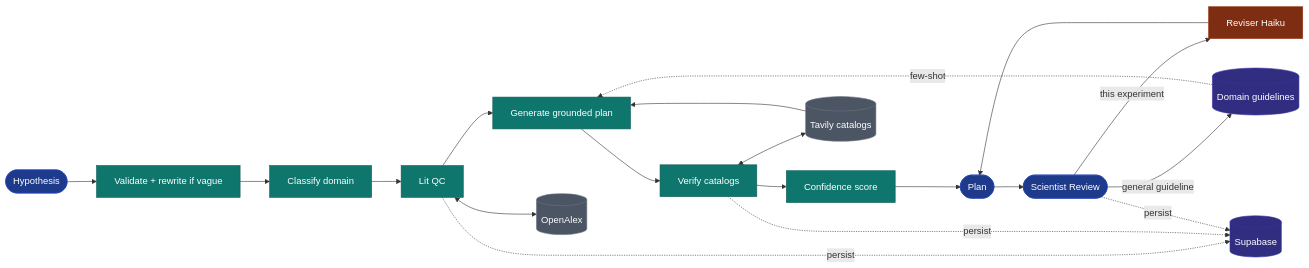
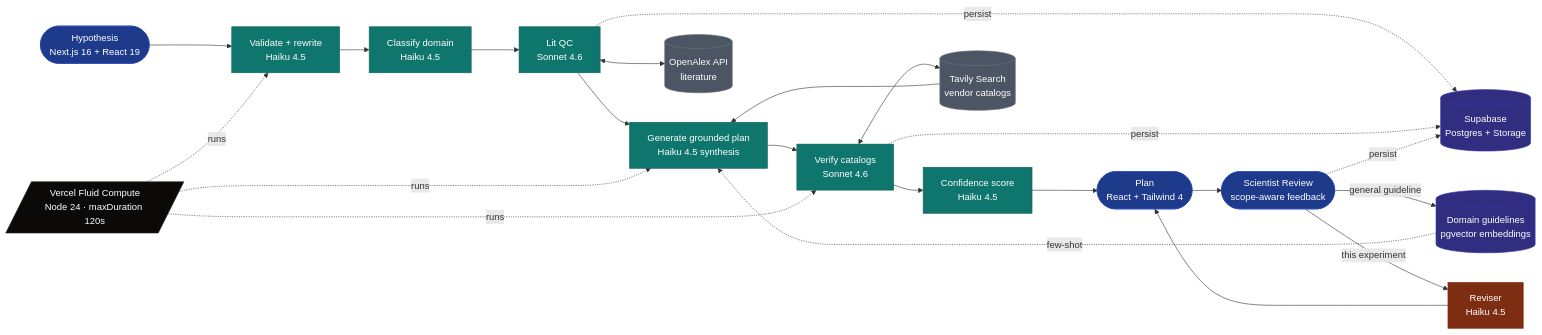
Before and after one commit to DocMorphic/aliquot: the diagram in docs/architecture-simple.mmd, drawn with Mermaid. The commit also changed 1 other file, not shown here.

Commit message:
v18.2: tech-stack labels in flowchart (model names, frameworks, hosting)

```diff
--- a/docs/architecture-simple.mmd
+++ b/docs/architecture-simple.mmd
@@ -1,38 +1,44 @@
 flowchart LR
 
     classDef ui fill:#1e3a8a,stroke:#1e40af,color:#fff
     classDef phase fill:#0f766e,stroke:#115e59,color:#fff
     classDef ai fill:#7c2d12,stroke:#9a3412,color:#fff
     classDef ext fill:#4b5563,stroke:#6b7280,color:#fff
     classDef store fill:#312e81,stroke:#3730a3,color:#fff
+    classDef stack fill:#0c0a09,stroke:#27272a,color:#fff
 
-    User([Hypothesis]):::ui
-    Validate[Validate + rewrite if vague]:::phase
-    Classify[Classify domain]:::phase
-    LitQC[Lit QC]:::phase
-    Generate[Generate grounded plan]:::phase
-    Verify[Verify catalogs]:::phase
-    Confidence[Confidence score]:::phase
-    Plan([Plan]):::ui
-    Review([Scientist Review]):::ui
-    Reviser[Reviser Haiku]:::ai
-    Guidelines[(Domain guidelines)]:::store
-    OpenAlex[(OpenAlex)]:::ext
-    Tavily[(Tavily catalogs)]:::ext
-    DB[(Supabase)]:::store
+    User([Hypothesis<br/>Next.js 16 + React 19]):::ui
+    Validate[Validate + rewrite<br/>Haiku 4.5]:::phase
+    Classify[Classify domain<br/>Haiku 4.5]:::phase
+    LitQC[Lit QC<br/>Sonnet 4.6]:::phase
+    Generate[Generate grounded plan<br/>Haiku 4.5 synthesis]:::phase
+    Verify[Verify catalogs<br/>Sonnet 4.6]:::phase
+    Confidence[Confidence score<br/>Haiku 4.5]:::phase
+    Plan([Plan<br/>React + Tailwind 4]):::ui
+    Review([Scientist Review<br/>scope-aware feedback]):::ui
+    Reviser[Reviser<br/>Haiku 4.5]:::ai
+    Guidelines[(Domain guidelines<br/>pgvector embeddings)]:::store
+    OpenAlex[(OpenAlex API<br/>literature)]:::ext
+    Tavily[(Tavily Search<br/>vendor catalogs)]:::ext
+    DB[(Supabase<br/>Postgres + Storage)]:::store
+    Host[/Vercel Fluid Compute<br/>Node 24 · maxDuration 120s/]:::stack
 
     User --> Validate --> Classify --> LitQC
     LitQC <--> OpenAlex
     LitQC --> Generate
     Tavily --> Generate
     Guidelines -. few-shot .-> Generate
     Generate --> Verify
     Verify <--> Tavily
     Verify --> Confidence --> Plan
     Plan --> Review
     Review -- this experiment --> Reviser --> Plan
     Review -- general guideline --> Guidelines
 
     LitQC -. persist .-> DB
     Verify -. persist .-> DB
     Review -. persist .-> DB
+
+    Host -. runs .-> Validate
+    Host -. runs .-> Generate
+    Host -. runs .-> Verify
```
